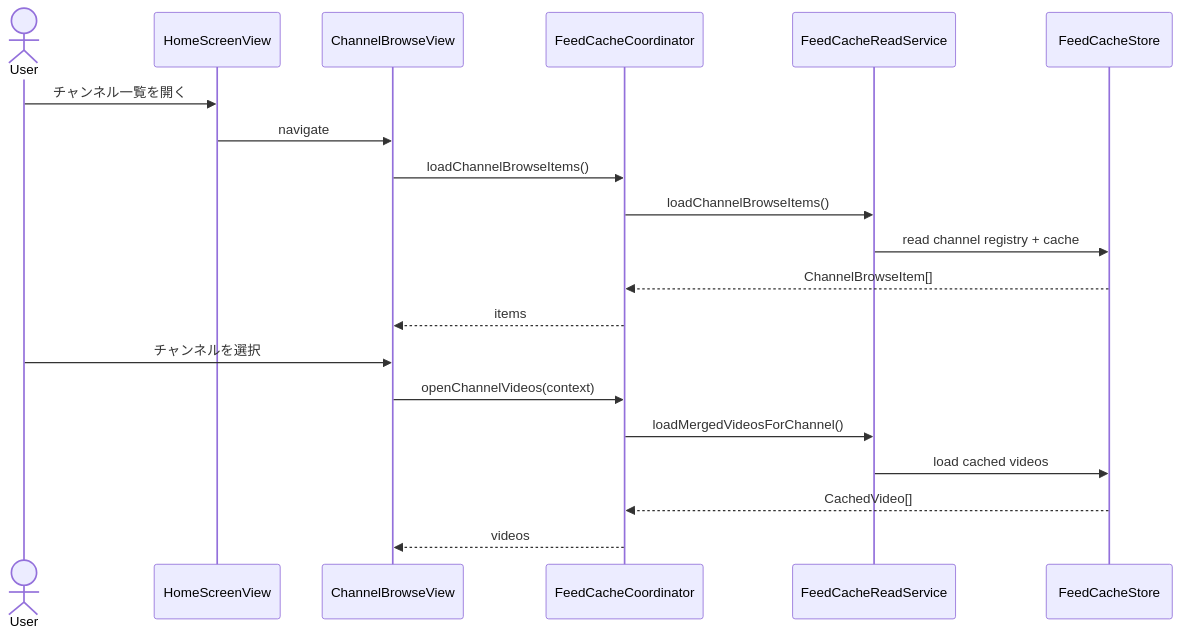
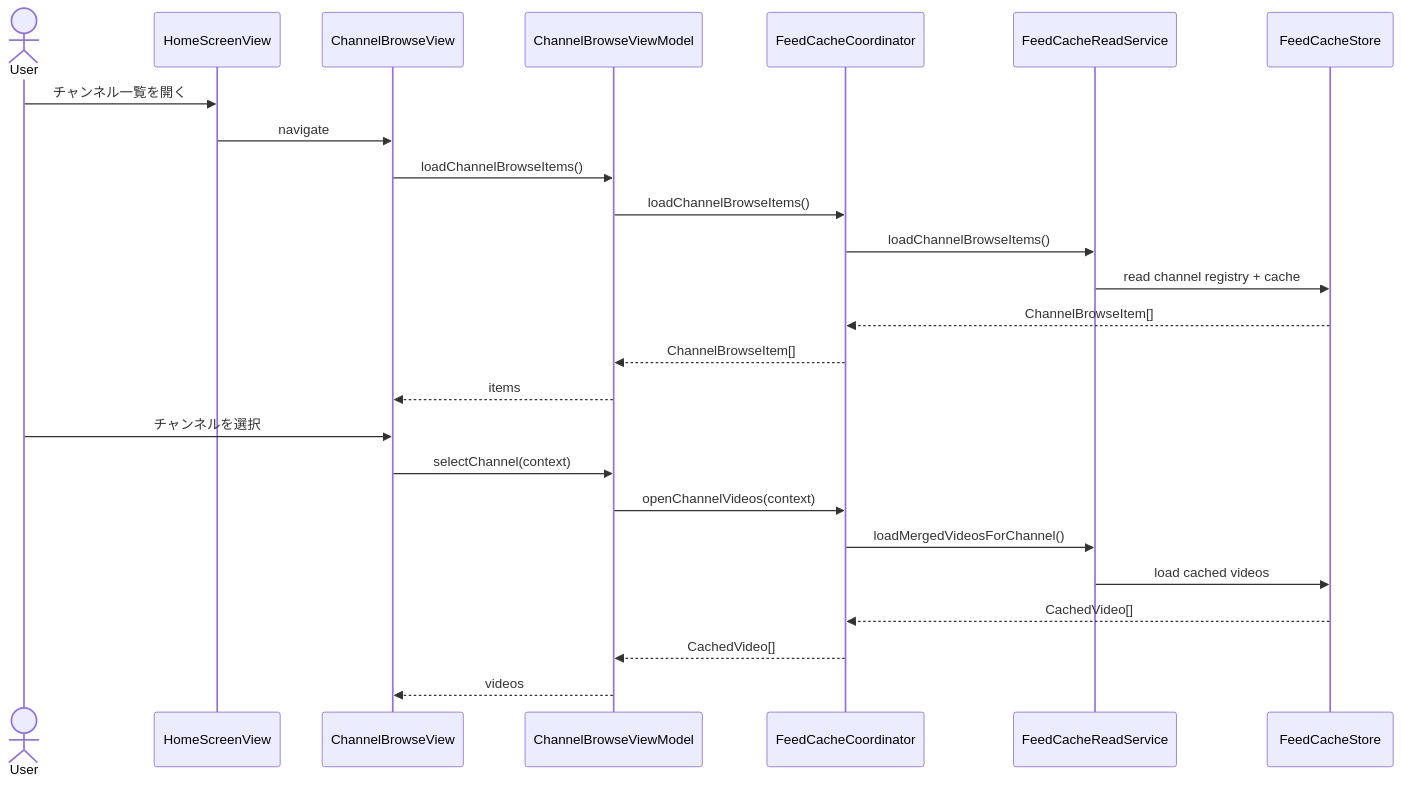
The fifth of 6 diagrams in docs/human-view/design-overview.md (horikuma/YoutubeFeeder), drawn with Mermaid before and after one commit. The commit also changed other lines of this file and 2 other files, not shown here.

````diff
--- a/docs/human-view/design-overview.md
+++ b/docs/human-view/design-overview.md
@@ -119,23 +124,28 @@
 ```mermaid
 sequenceDiagram
     actor User
     participant Home as HomeScreenView
     participant Browse as ChannelBrowseView
+    participant BrowseVM as ChannelBrowseViewModel
     participant Coord as FeedCacheCoordinator
     participant Read as FeedCacheReadService
     participant Store as FeedCacheStore
 
     User->>Home: チャンネル一覧を開く
     Home->>Browse: navigate
-    Browse->>Coord: loadChannelBrowseItems()
+    Browse->>BrowseVM: loadChannelBrowseItems()
+    BrowseVM->>Coord: loadChannelBrowseItems()
     Coord->>Read: loadChannelBrowseItems()
     Read->>Store: read channel registry + cache
     Store-->>Coord: ChannelBrowseItem[]
-    Coord-->>Browse: items
+    Coord-->>BrowseVM: ChannelBrowseItem[]
+    BrowseVM-->>Browse: items
     User->>Browse: チャンネルを選択
-    Browse->>Coord: openChannelVideos(context)
+    Browse->>BrowseVM: selectChannel(context)
+    BrowseVM->>Coord: openChannelVideos(context)
     Coord->>Read: loadMergedVideosForChannel()
     Read->>Store: load cached videos
     Store-->>Coord: CachedVideo[]
-    Coord-->>Browse: videos
+    Coord-->>BrowseVM: CachedVideo[]
+    BrowseVM-->>Browse: videos
 ```
````
